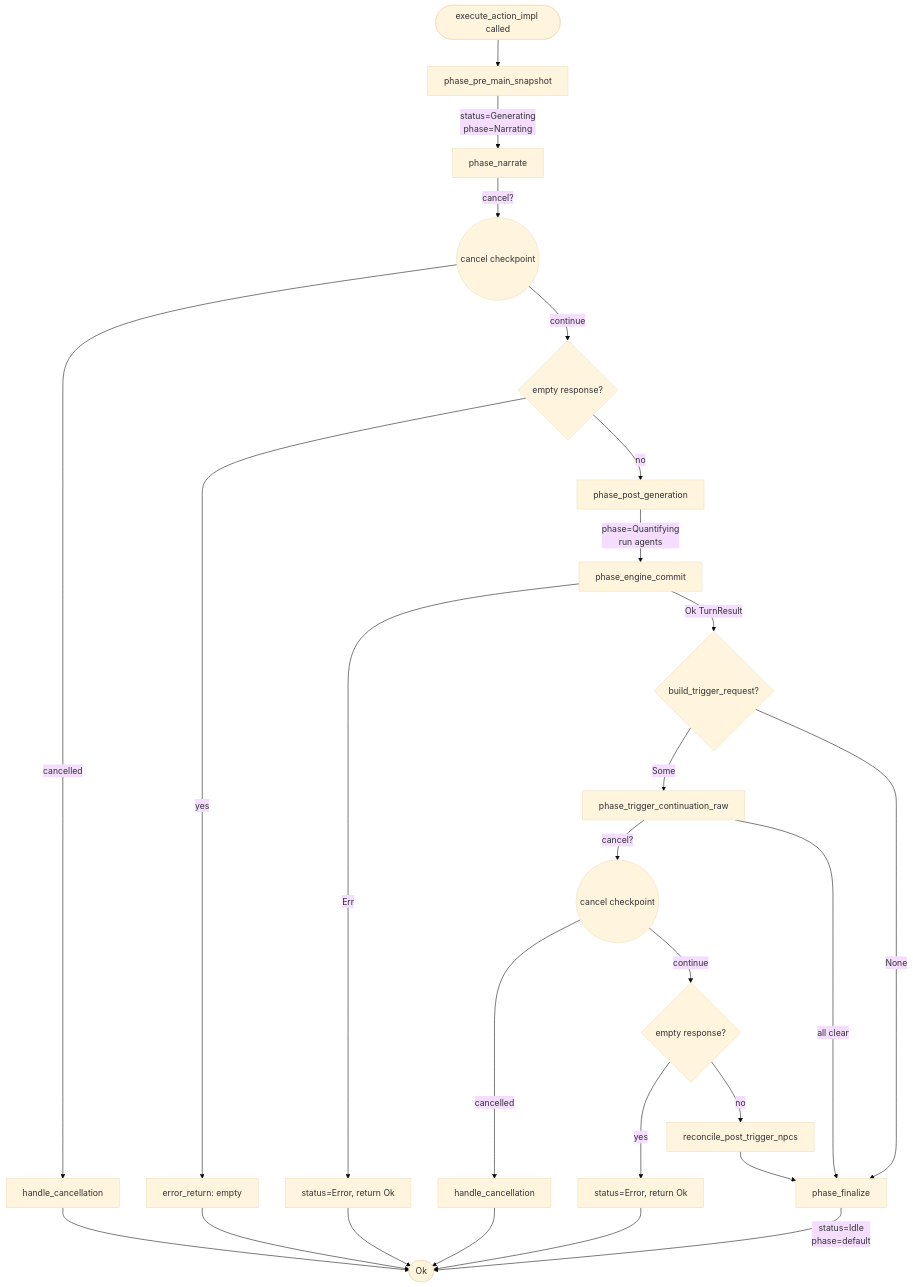
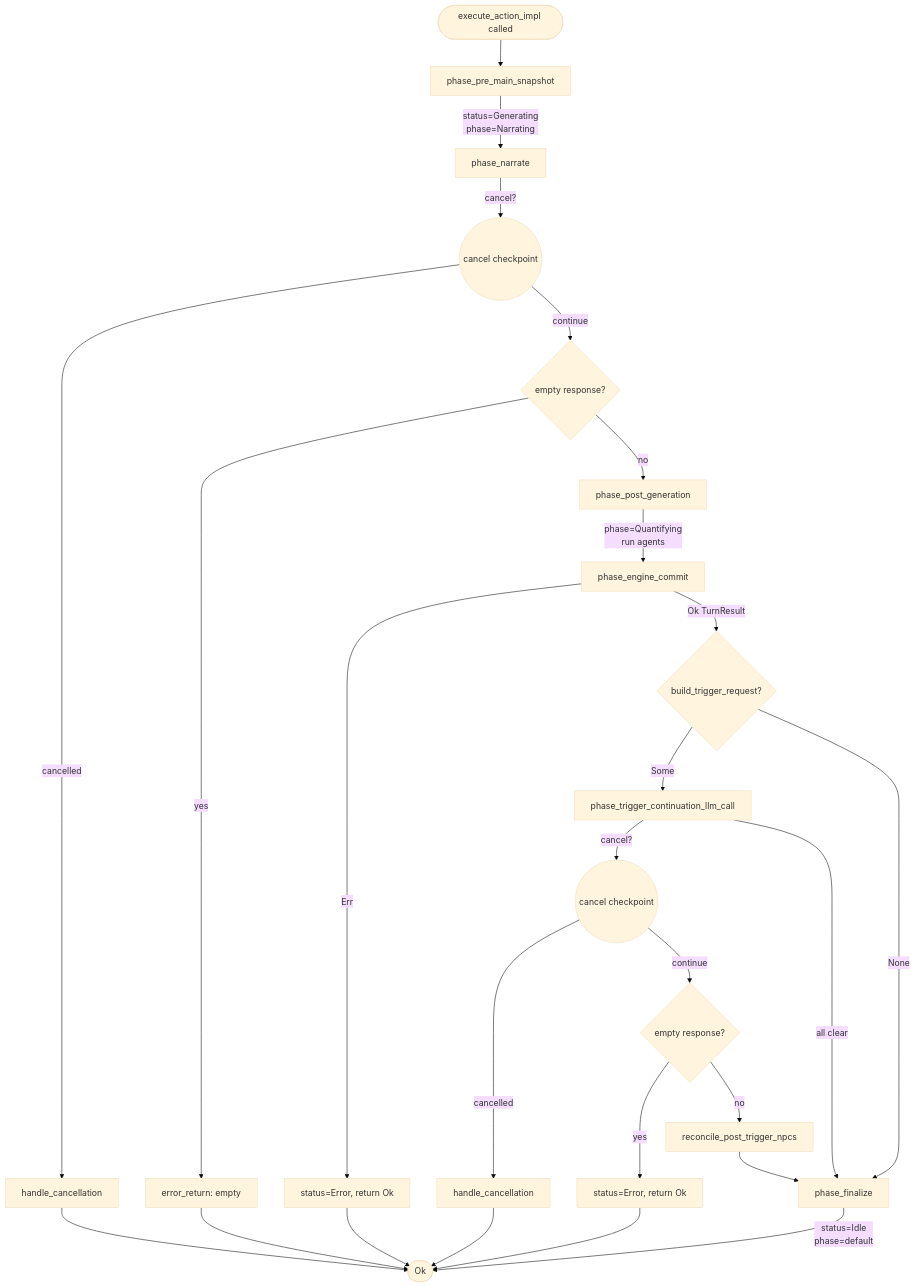
The second of 2 diagrams in chronicler_engine/docs/system/action_pipeline.md (notsonormal/chronicler-engine), drawn with Mermaid (base theme) before and after one commit. The commit also changed other lines of this file and 62 other files, not shown here.

````diff
--- a/chronicler_engine/docs/system/action_pipeline.md
+++ b/chronicler_engine/docs/system/action_pipeline.md
@@ -69,28 +69,28 @@
 ```mermaid
 flowchart TD
     Start([execute_action_impl called]) --> Pre[phase_pre_main_snapshot]
     Pre -->|status=Generating<br/>phase=Narrating| Narrate[phase_narrate]
     Narrate -->|cancel?| CC1((cancel checkpoint))
     CC1 -->|cancelled| HC1[handle_cancellation]
     CC1 -->|continue| EmptyCheck{empty response?}
     EmptyCheck -->|yes| ErrEmpty[error_return: empty]
     EmptyCheck -->|no| PostGen[phase_post_generation]
     PostGen -->|phase=Quantifying<br/>run agents| Commit[phase_engine_commit]
     Commit -->|Err| ErrEngine[status=Error, return Ok]
     Commit -->|Ok TurnResult| TriggerReq{build_trigger_request?}
-    TriggerReq -->|Some| TriggerCont[phase_trigger_continuation_raw]
+    TriggerReq -->|Some| TriggerCont[phase_trigger_continuation_llm_call]
     TriggerReq -->|None| Finalize
     TriggerCont -->|cancel?| CC2((cancel checkpoint))
     CC2 -->|cancelled| HC2[handle_cancellation]
     CC2 -->|continue| TriggerEmpty{empty response?}
     TriggerEmpty -->|yes| ErrTrigger[status=Error, return Ok]
     TriggerEmpty -->|no| Reconcile[reconcile_post_trigger_npcs]
     Reconcile --> Finalize
     TriggerCont -->|all clear| Finalize[phase_finalize]
     Finalize -->|status=Idle<br/>phase=default| End([Ok])
     HC1 --> End
     HC2 --> End
     ErrEmpty --> End
     ErrEngine --> End
     ErrTrigger --> End
 ```
````
